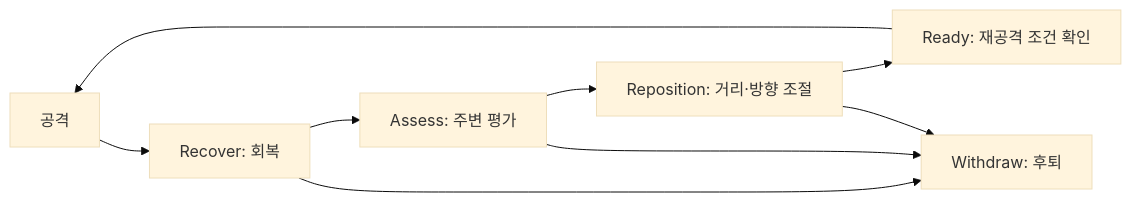
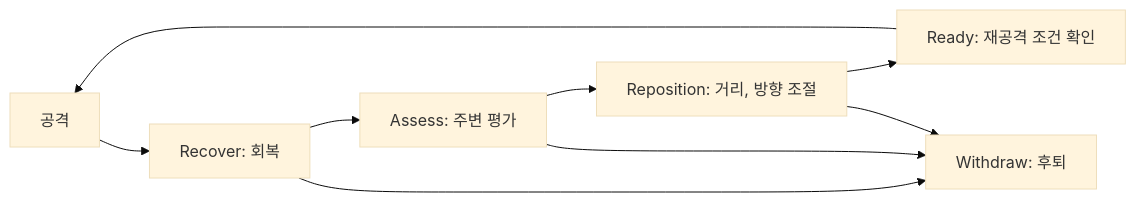
The diagram in docs/animal-ai.md (rhwjdtjs/NONGJANG_Public), drawn with Mermaid (base theme) before and after one commit. The commit also changed other lines of this file and 11 other files, not shown here.

````diff
--- a/docs/animal-ai.md
+++ b/docs/animal-ai.md
@@ -17,11 +17,11 @@
 ```mermaid
 flowchart LR
   A["공격"] --> B["Recover: 회복"]
   B --> C["Assess: 주변 평가"]
-  C --> D["Reposition: 거리·방향 조절"]
+  C --> D["Reposition: 거리, 방향 조절"]
   D --> E["Ready: 재공격 조건 확인"]
   E --> A
   B --> F["Withdraw: 후퇴"]
   C --> F
   D --> F
 ```
````
